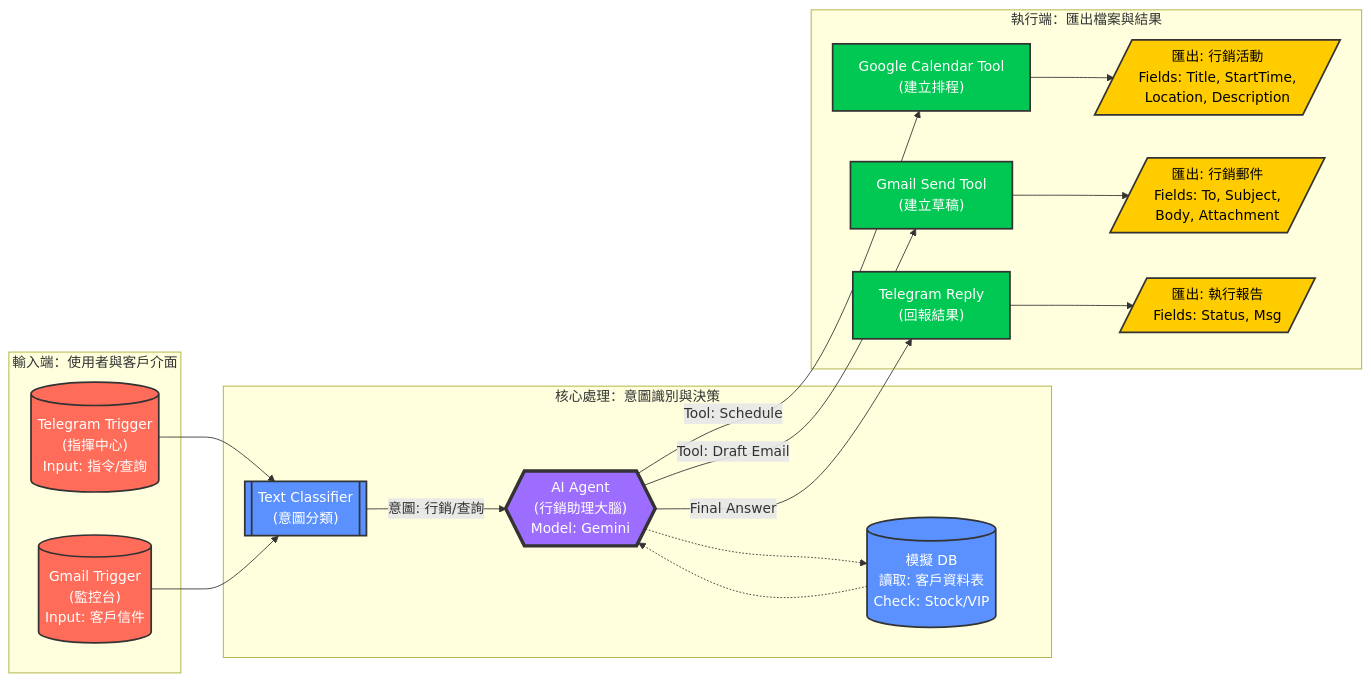
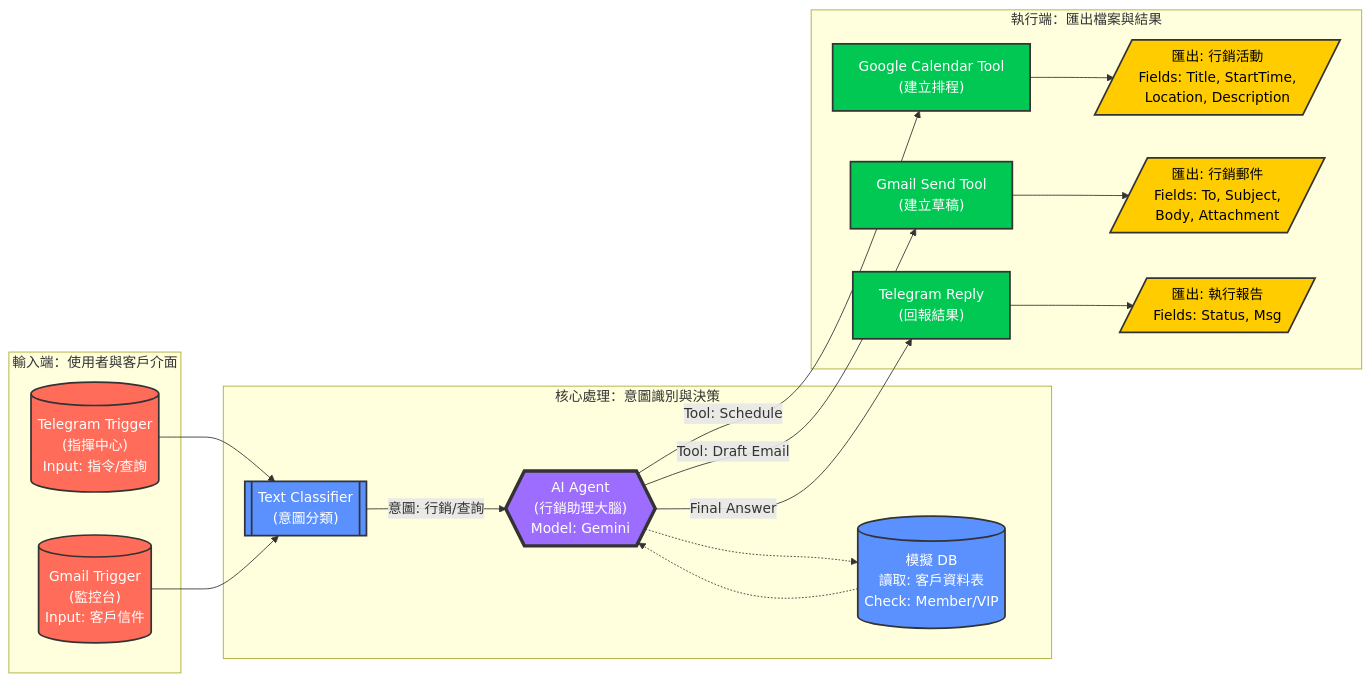
The diagram in hw6.md (zombie942018/groupwork), drawn with Mermaid before and after one commit. The commit also changed other lines of this file, not shown here.

First line of the commit message:
Revise customer database check and data specs

````diff
--- a/hw6.md
+++ b/hw6.md
@@ -8,52 +8,52 @@
 ```mermaid
 graph LR
     %% 定義樣式
     classDef trigger fill:#ff6d5a,stroke:#333,stroke-width:2px,color:white;
     classDef process fill:#5a91ff,stroke:#333,stroke-width:2px,color:white;
     classDef ai fill:#9d6dff,stroke:#333,stroke-width:4px,color:white;
     classDef tool fill:#00c853,stroke:#333,stroke-width:2px,color:white;
     classDef output fill:#ffcc00,stroke:#333,stroke-width:2px,color:black;
 
     %% --- 輸入層 (螢幕介面 1 & 2) ---
     subgraph Input_Layer [輸入端：使用者與客戶介面]
         TG_Trigger[("Telegram Trigger<br>(指揮中心)<br>Input: 指令/查詢")]:::trigger
         GM_Trigger[("Gmail Trigger<br>(監控台)<br>Input: 客戶信件")]:::trigger
     end
 
     %% --- 處理層 ---
     subgraph Process_Layer [核心處理：意圖識別與決策]
         Classifier[["Text Classifier<br>(意圖分類)"]]:::process
         Agent{{"AI Agent<br>(行銷助理大腦)<br>Model: Gemini"}}:::ai
         
         %% 模擬資料庫讀取
-        DB_Sim[("模擬 DB<br>讀取: 客戶資料表<br>Check: Stock/VIP")]:::process
+        DB_Sim[("模擬 DB<br>讀取: 客戶資料表<br>Check: Member/VIP")]:::process
     end
 
     %% --- 輸出/工具層 (螢幕介面 3 & 匯出檔案) ---
     subgraph Output_Layer [執行端：匯出檔案與結果]
         Cal_Tool["Google Calendar Tool<br>(建立排程)"]:::tool
         Mail_Tool["Gmail Send Tool<br>(建立草稿)"]:::tool
         TG_Reply["Telegram Reply<br>(回報結果)"]:::tool
         
         %% 匯出物件與欄位
         Out_Event[/"匯出: 行銷活動<br>Fields: Title, StartTime,<br>Location, Description"/]:::output
         Out_Draft[/"匯出: 行銷郵件<br>Fields: To, Subject,<br>Body, Attachment"/]:::output
         Out_Log[/"匯出: 執行報告<br>Fields: Status, Msg"/]:::output
     end
 
     %% --- 連線關係 ---
     TG_Trigger --> Classifier
     GM_Trigger --> Classifier
     Classifier -- "意圖: 行銷/查詢" --> Agent
     
     Agent -.-> DB_Sim
     DB_Sim -.-> Agent
     
     Agent -- "Tool: Schedule" --> Cal_Tool
     Agent -- "Tool: Draft Email" --> Mail_Tool
     Agent -- "Final Answer" --> TG_Reply
     
     Cal_Tool --> Out_Event
     Mail_Tool --> Out_Draft
     TG_Reply --> Out_Log
 ```
````
